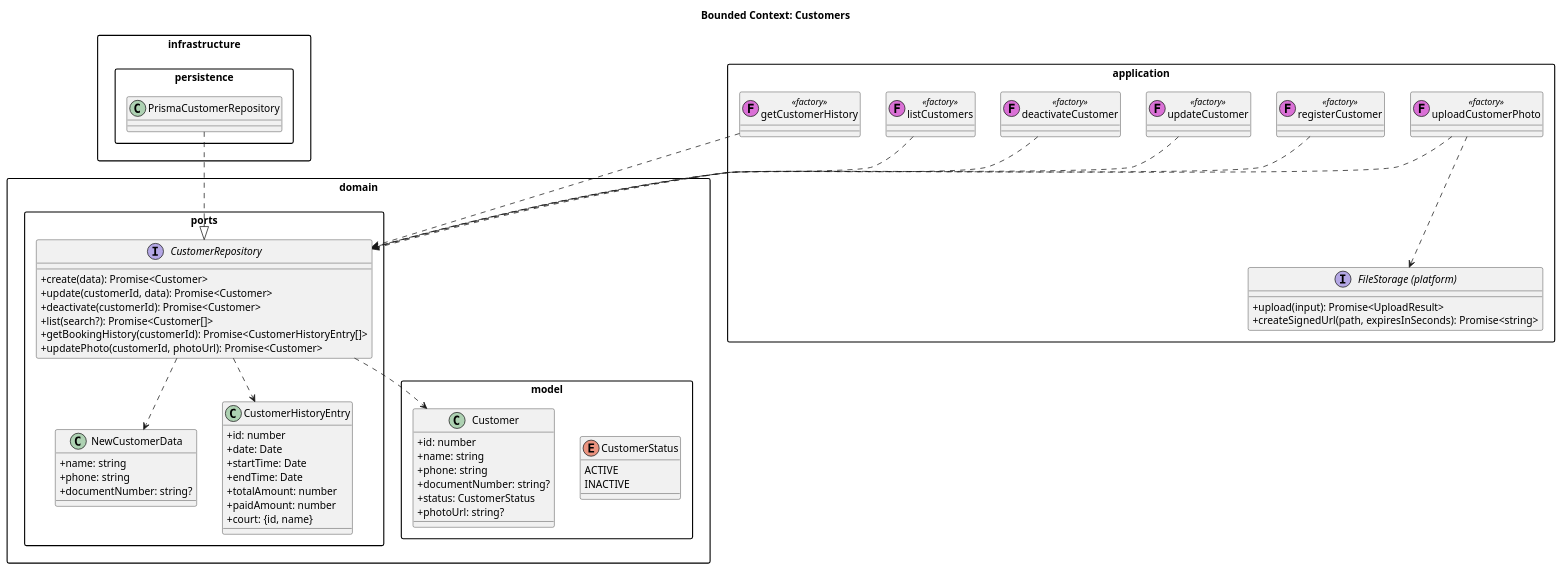
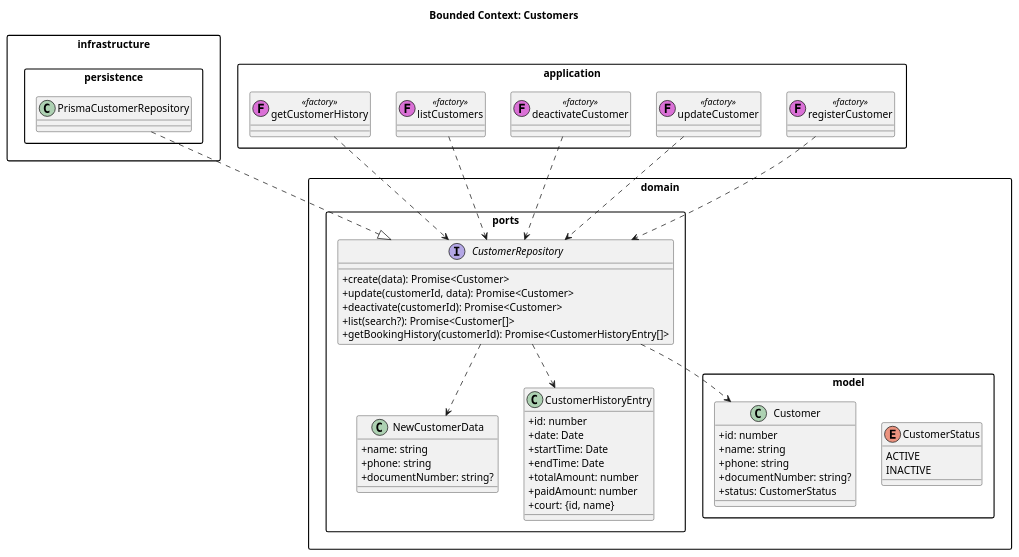
The diagram in docs/diagrams/customers.puml (brianna-salinas/la-canchita-de-carlos-backend), drawn with PlantUML before and after one commit. The commit also changed 115 other files, not shown here.

```diff
--- a/docs/diagrams/customers.puml
+++ b/docs/diagrams/customers.puml
@@ -1,82 +1,72 @@
 @startuml customers-context
 title Bounded Context: Customers
 
 skinparam classAttributeIconSize 0
 skinparam packageStyle rectangle
 
 package "domain.model" {
   enum CustomerStatus {
     ACTIVE
     INACTIVE
   }
 
   class Customer {
     +id: number
     +name: string
     +phone: string
     +documentNumber: string?
     +status: CustomerStatus
-    +photoUrl: string?
   }
 }
 
 package "domain.ports" {
   class NewCustomerData {
     +name: string
     +phone: string
     +documentNumber: string?
   }
 
   class CustomerHistoryEntry {
     +id: number
     +date: Date
     +startTime: Date
     +endTime: Date
     +totalAmount: number
     +paidAmount: number
     +court: {id, name}
   }
 
   interface CustomerRepository {
     +create(data): Promise<Customer>
     +update(customerId, data): Promise<Customer>
     +deactivate(customerId): Promise<Customer>
     +list(search?): Promise<Customer[]>
     +getBookingHistory(customerId): Promise<CustomerHistoryEntry[]>
-    +updatePhoto(customerId, photoUrl): Promise<Customer>
   }
 
   CustomerRepository ..> Customer
   CustomerRepository ..> NewCustomerData
   CustomerRepository ..> CustomerHistoryEntry
 }
 
 package "infrastructure.persistence" {
   class PrismaCustomerRepository
 
   PrismaCustomerRepository ..|> CustomerRepository
 }
 
 package "application" {
   class registerCustomer << (F,orchid) factory >>
   class updateCustomer << (F,orchid) factory >>
   class deactivateCustomer << (F,orchid) factory >>
   class listCustomers << (F,orchid) factory >>
   class getCustomerHistory << (F,orchid) factory >>
-  class uploadCustomerPhoto << (F,orchid) factory >>
-
-  interface "FileStorage (platform)" as FileStorage {
-    +upload(input): Promise<UploadResult>
-    +createSignedUrl(path, expiresInSeconds): Promise<string>
-  }
 
   registerCustomer ..> CustomerRepository
   updateCustomer ..> CustomerRepository
   deactivateCustomer ..> CustomerRepository
   listCustomers ..> CustomerRepository
   getCustomerHistory ..> CustomerRepository
-  uploadCustomerPhoto ..> CustomerRepository
-  uploadCustomerPhoto ..> FileStorage
 }
 
 @enduml
```
